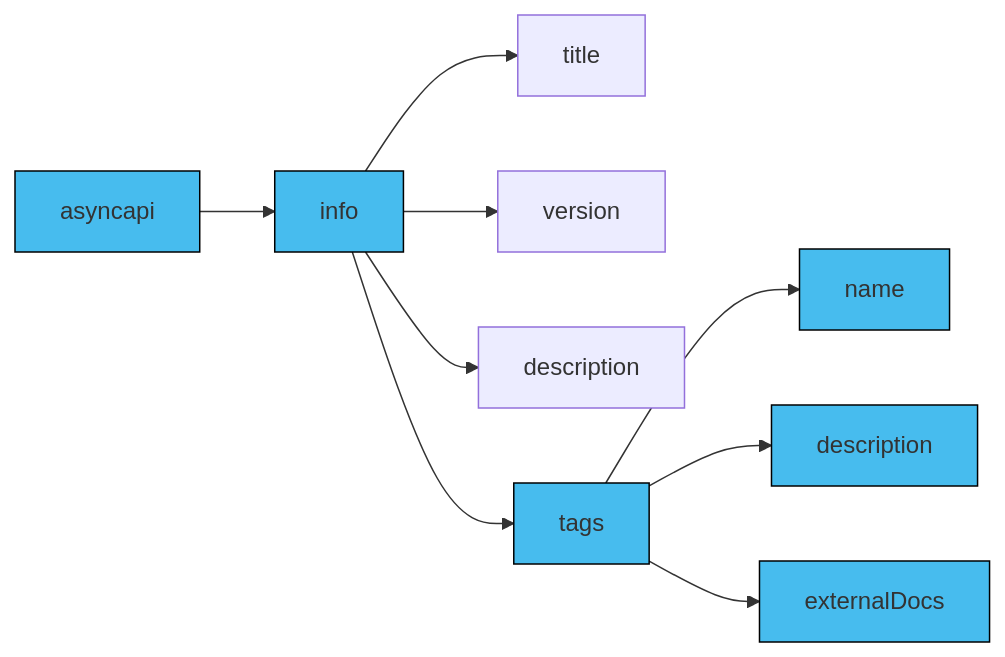
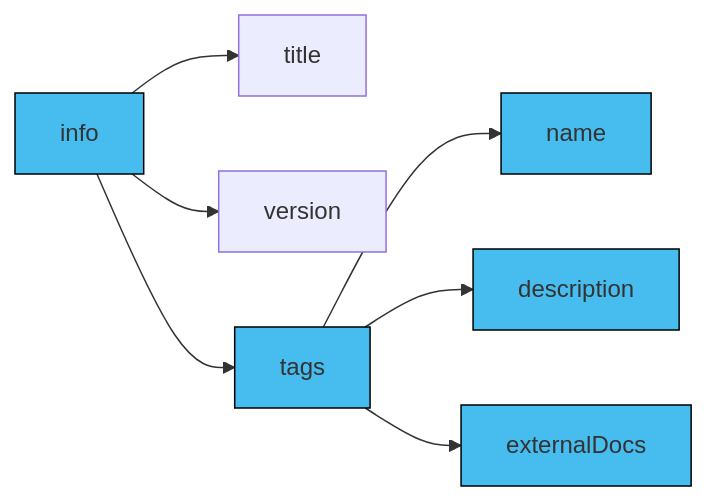
One commit to asyncapi/website changed the first of 5 diagrams in pages/docs/concepts/asyncapi-document/tags.md. Above: the diagram before and after it, drawn with Mermaid. The commit also changed other lines of this file, not shown here.

Commit message:
update diagrams to component level

````diff
--- a/pages/docs/concepts/asyncapi-document/tags.md
+++ b/pages/docs/concepts/asyncapi-document/tags.md
@@ -30,18 +30,17 @@
 ```mermaid
 graph LR
-  A[asyncapi] --> B[info]
+  B[info]
   B --> C[title]
   B --> D[version]
-  B --> E[description]
   B --> F[tags]
   F --> G[name]
   F --> I[description]
   F --> K[externalDocs]
 
-  style A fill:#47BCEE,stroke:#000;
+
   style B fill:#47BCEE,stroke:#000;
   style F fill:#47BCEE,stroke:#000;
   style I fill:#47BCEE,stroke:#000;
   style K fill:#47BCEE,stroke:#000;
   style G fill:#47BCEE,stroke:#000;
 ```
````
